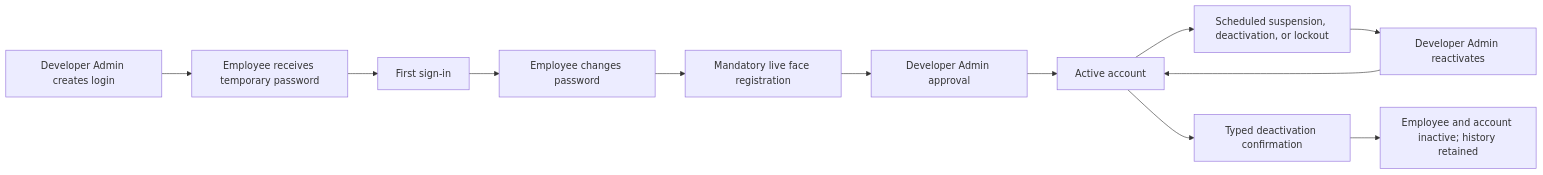
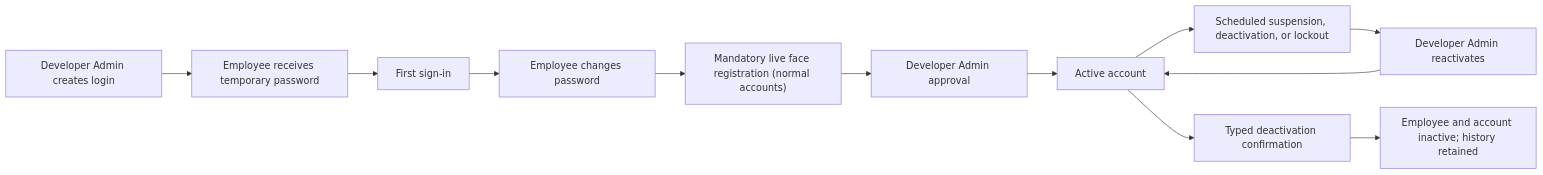
Before and after one commit to Sameerreddy-ATD/Atd-Hrms: the first of 4 diagrams in docs/OPERATIONS_AND_WORKFLOWS.md, drawn with Mermaid. The commit also changed other lines of this file and 17 other files, not shown here.

````diff
--- a/docs/OPERATIONS_AND_WORKFLOWS.md
+++ b/docs/OPERATIONS_AND_WORKFLOWS.md
@@ -47,14 +47,14 @@
 ```mermaid
 flowchart LR
   A["Developer Admin creates login"] --> B["Employee receives temporary password"]
   B --> C["First sign-in"]
   C --> D["Employee changes password"]
-  D --> E["Mandatory live face registration"]
+  D --> E["Mandatory live face registration (normal accounts)"]
   E --> K["Developer Admin approval"]
   K --> F["Active account"]
   F --> G["Scheduled suspension, deactivation, or lockout"]
   G --> H["Developer Admin reactivates"]
   H --> F
   F --> I["Typed deactivation confirmation"]
   I --> J["Employee and account inactive; history retained"]
 ```
````
